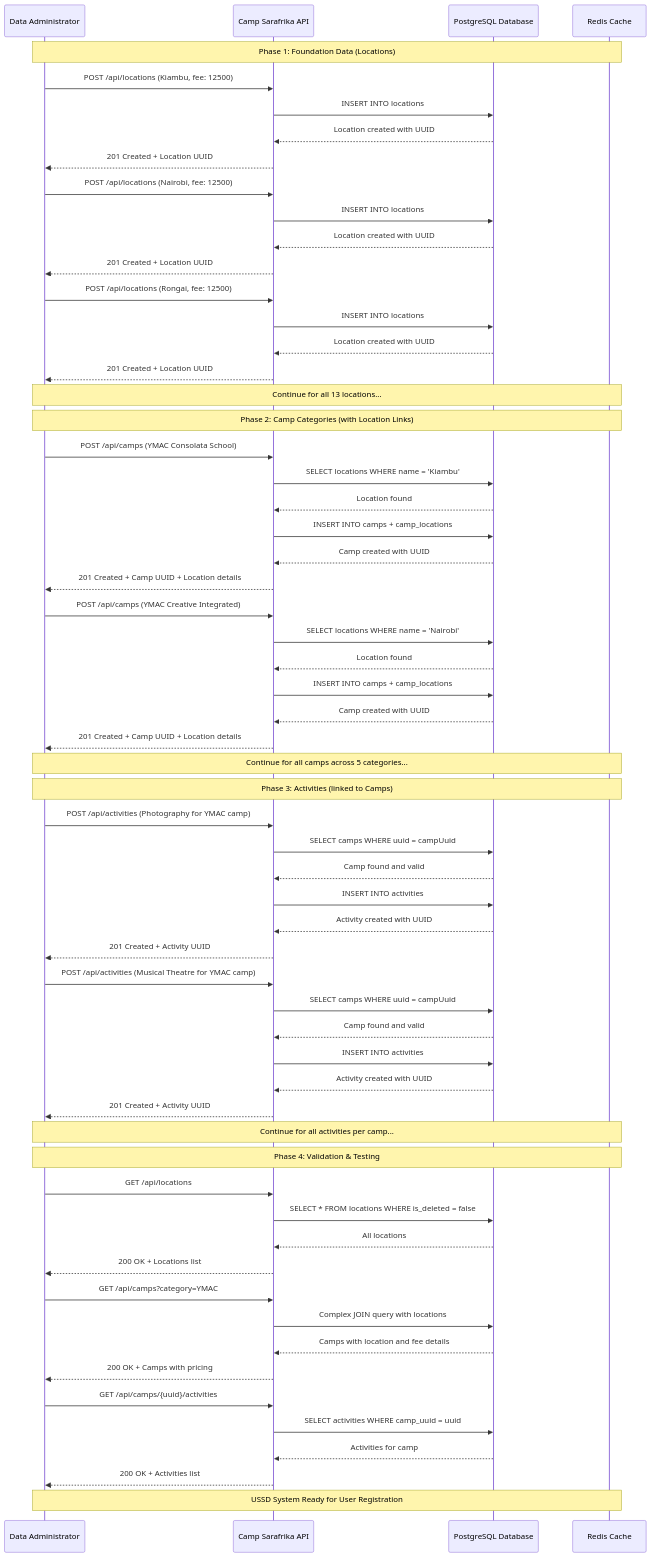
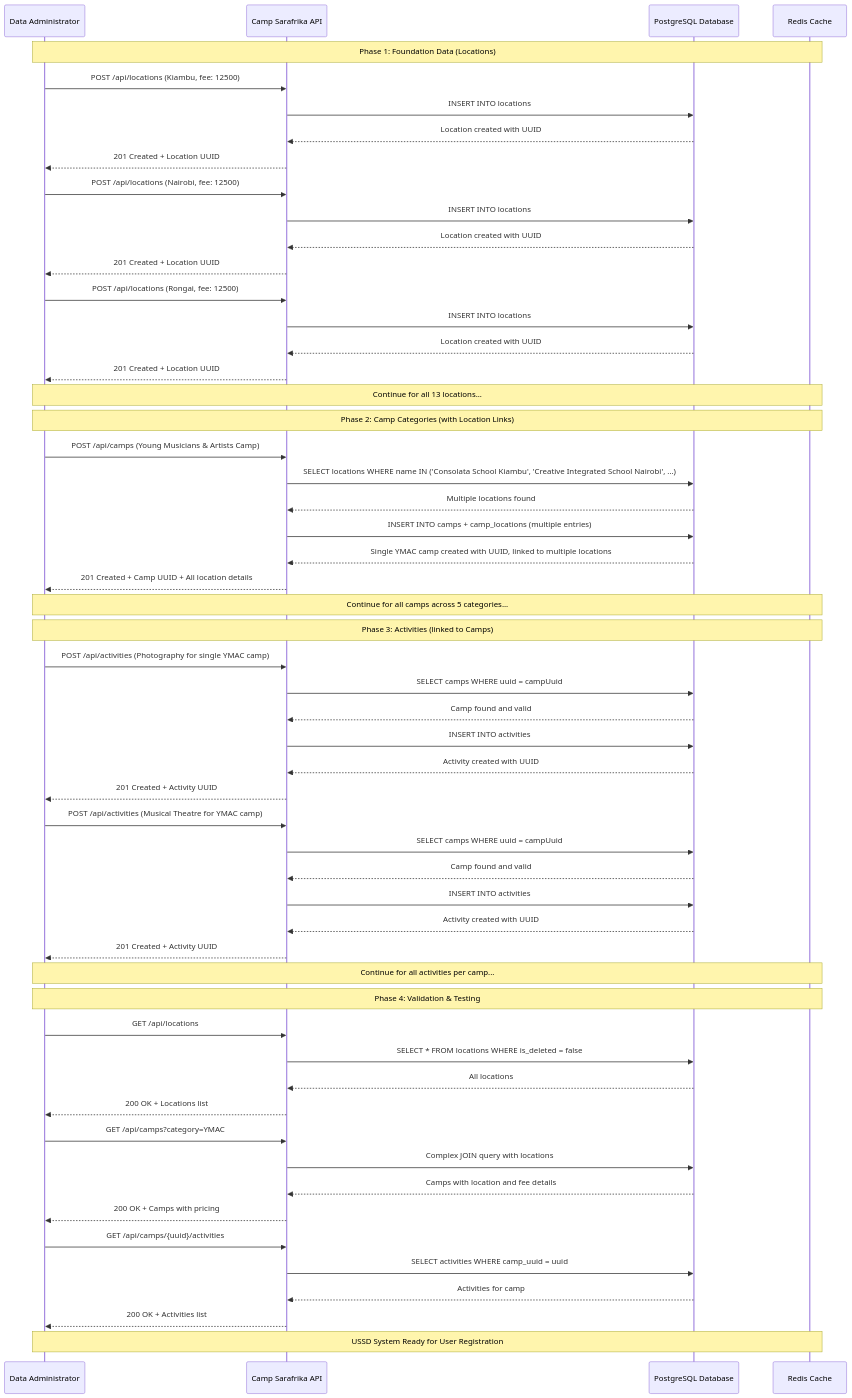
Before and after one commit to sarafrika/sarafrika-camp-ussd: the diagram in docs/05-API_REFERENCE.md, drawn with Mermaid. The commit also changed other lines of this file and 2 other files, not shown here.

First line of the commit message:
fix: correct YMAC data structure to show single camp at multiple school locations

````diff
--- a/docs/05-API_REFERENCE.md
+++ b/docs/05-API_REFERENCE.md
@@ -467,81 +498,74 @@
 ```mermaid
 sequenceDiagram
     participant Admin as Data Administrator
     participant API as Camp Sarafrika API
     participant DB as PostgreSQL Database
     participant Redis as Redis Cache
     
     Note over Admin, Redis: Phase 1: Foundation Data (Locations)
     
     Admin->>API: POST /api/locations (Kiambu, fee: 12500)
     API->>DB: INSERT INTO locations
     DB-->>API: Location created with UUID
     API-->>Admin: 201 Created + Location UUID
     
     Admin->>API: POST /api/locations (Nairobi, fee: 12500)
     API->>DB: INSERT INTO locations
     DB-->>API: Location created with UUID
     API-->>Admin: 201 Created + Location UUID
     
     Admin->>API: POST /api/locations (Rongai, fee: 12500)
     API->>DB: INSERT INTO locations
     DB-->>API: Location created with UUID
     API-->>Admin: 201 Created + Location UUID
     
     Note over Admin, Redis: Continue for all 13 locations...
     
     Note over Admin, Redis: Phase 2: Camp Categories (with Location Links)
     
-    Admin->>API: POST /api/camps (YMAC Consolata School)
-    API->>DB: SELECT locations WHERE name = 'Kiambu'
-    DB-->>API: Location found
-    API->>DB: INSERT INTO camps + camp_locations
-    DB-->>API: Camp created with UUID
-    API-->>Admin: 201 Created + Camp UUID + Location details
-    
-    Admin->>API: POST /api/camps (YMAC Creative Integrated)
-    API->>DB: SELECT locations WHERE name = 'Nairobi'
-    DB-->>API: Location found
-    API->>DB: INSERT INTO camps + camp_locations
-    DB-->>API: Camp created with UUID
-    API-->>Admin: 201 Created + Camp UUID + Location details
+    Admin->>API: POST /api/camps (Young Musicians & Artists Camp)
+    API->>DB: SELECT locations WHERE name IN ('Consolata School Kiambu', 'Creative Integrated School Nairobi', ...)
+    DB-->>API: Multiple locations found
+    API->>DB: INSERT INTO camps + camp_locations (multiple entries)
+    DB-->>API: Single YMAC camp created with UUID, linked to multiple locations
+    API-->>Admin: 201 Created + Camp UUID + All location details
     
     Note over Admin, Redis: Continue for all camps across 5 categories...
     
     Note over Admin, Redis: Phase 3: Activities (linked to Camps)
     
-    Admin->>API: POST /api/activities (Photography for YMAC camp)
+    Admin->>API: POST /api/activities (Photography for single YMAC camp)
     API->>DB: SELECT camps WHERE uuid = campUuid
     DB-->>API: Camp found and valid
     API->>DB: INSERT INTO activities
     DB-->>API: Activity created with UUID
     API-->>Admin: 201 Created + Activity UUID
     
     Admin->>API: POST /api/activities (Musical Theatre for YMAC camp)
     API->>DB: SELECT camps WHERE uuid = campUuid
     DB-->>API: Camp found and valid
     API->>DB: INSERT INTO activities
     DB-->>API: Activity created with UUID
     API-->>Admin: 201 Created + Activity UUID
     
     Note over Admin, Redis: Continue for all activities per camp...
     
     Note over Admin, Redis: Phase 4: Validation & Testing
     
     Admin->>API: GET /api/locations
     API->>DB: SELECT * FROM locations WHERE is_deleted = false
     DB-->>API: All locations
     API-->>Admin: 200 OK + Locations list
     
     Admin->>API: GET /api/camps?category=YMAC
     API->>DB: Complex JOIN query with locations
     DB-->>API: Camps with location and fee details
     API-->>Admin: 200 OK + Camps with pricing
     
     Admin->>API: GET /api/camps/{uuid}/activities
     API->>DB: SELECT activities WHERE camp_uuid = uuid
     DB-->>API: Activities for camp
     API-->>Admin: 200 OK + Activities list
     
     Note over Admin, Redis: USSD System Ready for User Registration
 ```
````
